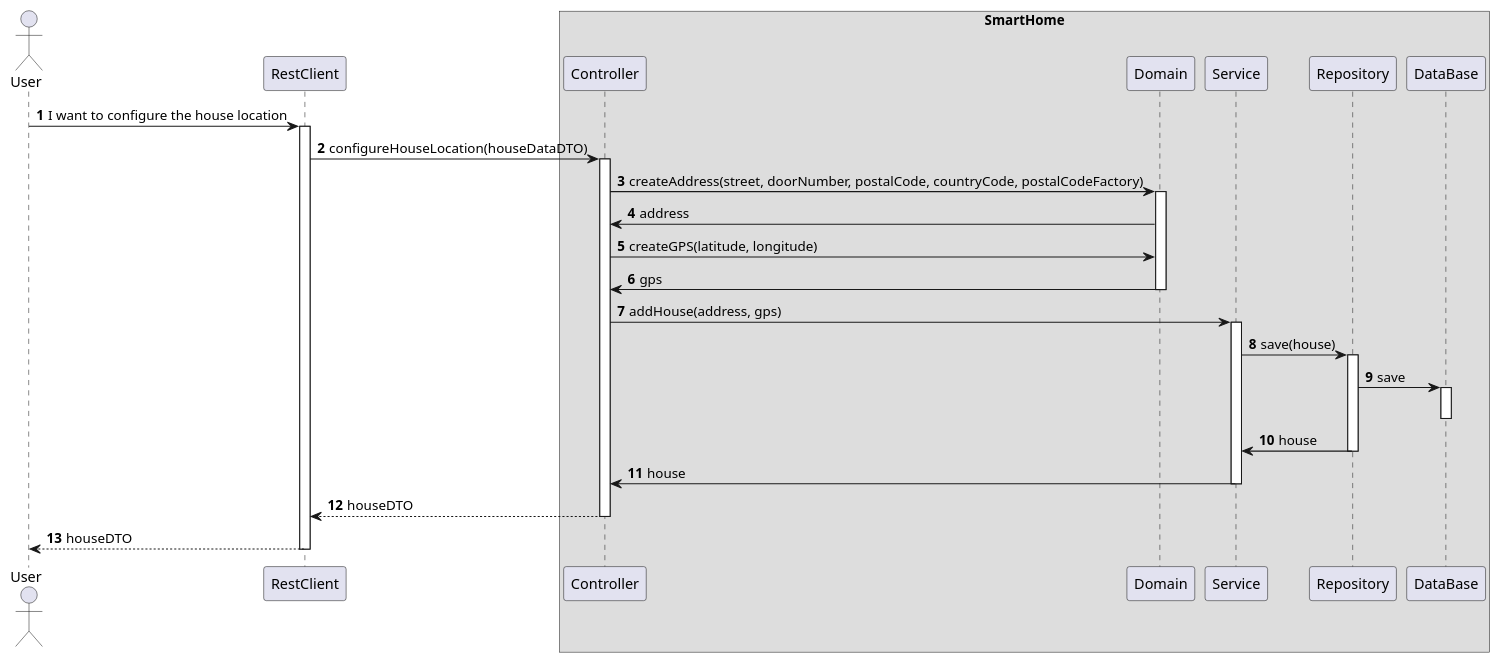
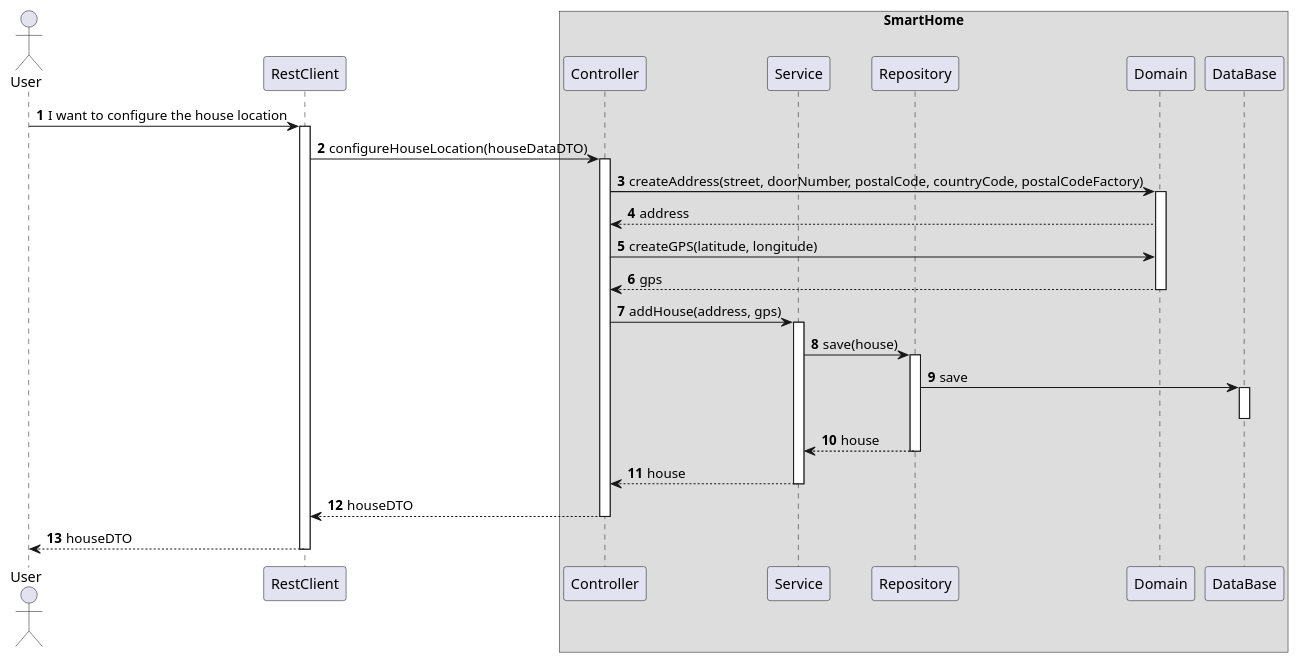
The diagram in docs/ooa/C4_4plus1_models/Level4/ProcessView/ProcessViewLevel4_UC01.puml (olivDiogo/SmartHome), drawn with PlantUML before and after one commit. The commit also changed 8 other files, not shown here.

```diff
--- a/docs/ooa/C4_4plus1_models/Level4/ProcessView/ProcessViewLevel4_UC01.puml
+++ b/docs/ooa/C4_4plus1_models/Level4/ProcessView/ProcessViewLevel4_UC01.puml
@@ -1,56 +1,56 @@
 @startuml
 'https://plantuml.com/sequence-diagram
 !pragma layout smetana
 
 autonumber
 
 actor "User" as User
 participant "RestClient" as RC
 
 box "SmartHome"
     participant "Controller" as CTRL
-    participant "Domain" as DOM
     participant "Service" as SV
     participant "Repository" as REPO
+    participant "Domain" as DOM
     participant "DataBase" as BD
 end box
 
 User -> RC : I want to configure the house location
 activate RC
 
 RC -> CTRL : configureHouseLocation(houseDataDTO)
 activate CTRL
 
 
 
 CTRL -> DOM : createAddress(street, doorNumber, postalCode, countryCode, postalCodeFactory)
 activate DOM
-DOM -> CTRL : address
+DOM --> CTRL : address
 
 CTRL -> DOM : createGPS(latitude, longitude)
-DOM -> CTRL : gps
+DOM --> CTRL : gps
 deactivate DOM
 
 CTRL -> SV : addHouse(address, gps)
 activate SV
 
 SV -> REPO : save(house)
 activate REPO
 REPO -> BD : save
 activate BD
 deactivate BD
-REPO -> SV : house
+REPO --> SV : house
 deactivate REPO
 
-SV -> CTRL : house
+SV --> CTRL : house
 deactivate SV
 
 
 CTRL --> RC : houseDTO
 deactivate CTRL
 
 RC --> User : houseDTO
 deactivate RC
 
 
 @enduml
```
